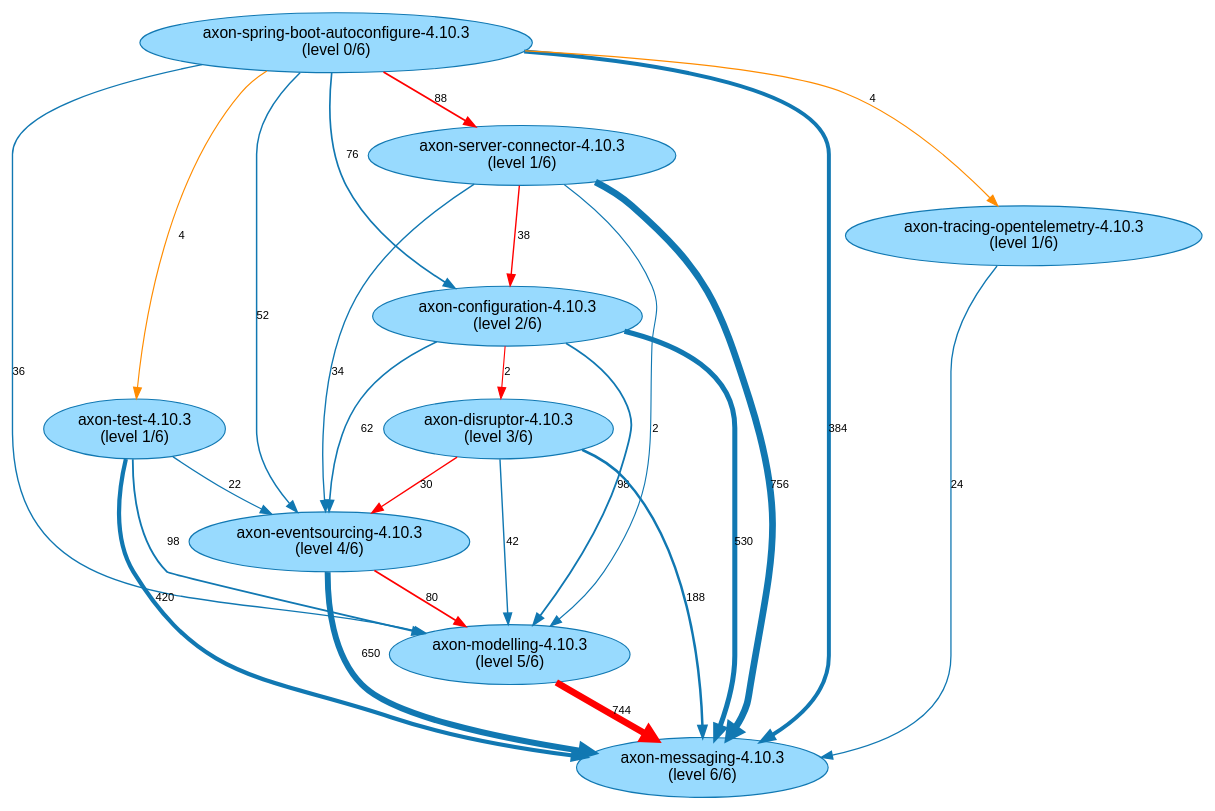
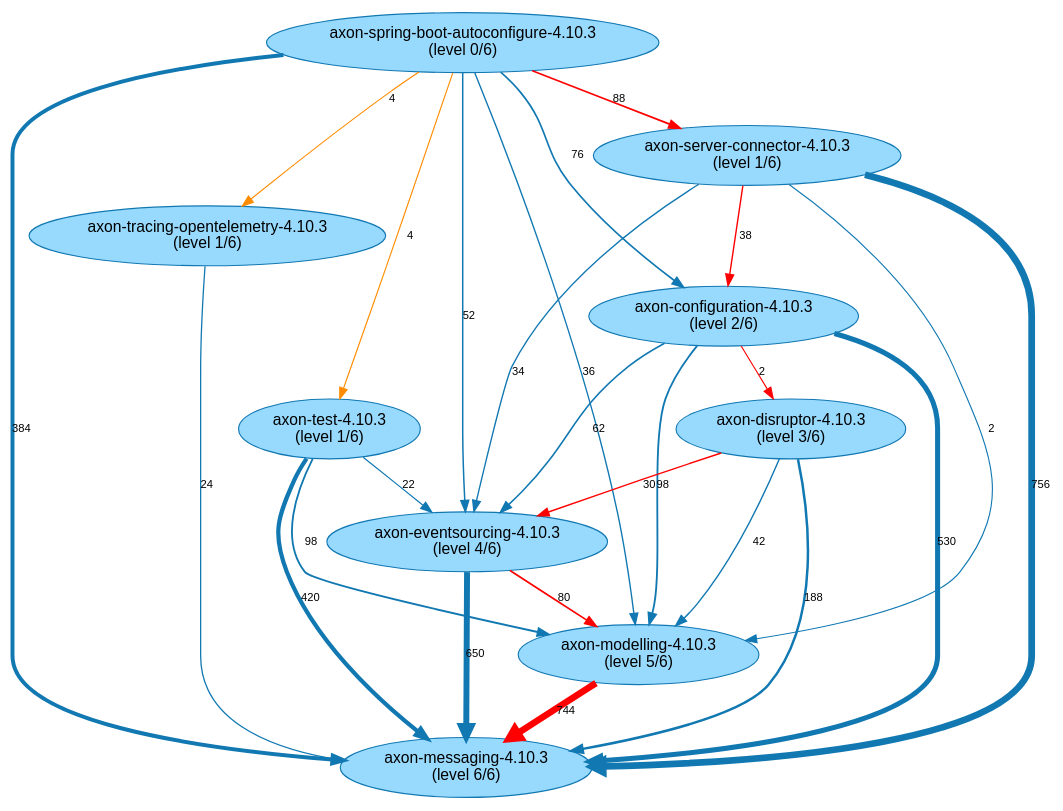
Before and after one commit to JohT/code-graph-analysis-pipeline: the diagram in results/AxonFramework-4.10.3/path-finding-visualization/JavaArtifactLongestPaths.gv, drawn with Graphviz. The commit also changed other lines of this file and 111 other files, not shown here.

```diff
--- a/results/AxonFramework-4.10.3/path-finding-visualization/JavaArtifactLongestPaths.gv
+++ b/results/AxonFramework-4.10.3/path-finding-visualization/JavaArtifactLongestPaths.gv
@@ -1,37 +1,37 @@
 // This GraphViz dot file was generated by the script convertQueryResultCsvToGraphVizDotFile.sh with default.template
 
 strict digraph JavaArtifactLongestPaths {
     fontname = "Helvetica,Arial,sans-serif";
     node [fontname = "Helvetica,Arial,sans-serif";];
     edge [fontname = "Helvetica,Arial,sans-serif"; fontsize = 10;];
     node [style = filled; fillcolor = "0.560 0.400 0.999";];
     node [color = "0.560 0.900 0.700";];
     edge [color = "0.560 0.900 0.700";];
 	"axon-eventsourcing-4.10.3\n(level 4/6)" -> "axon-messaging-4.10.3\n(level 6/6)" [label=650; penwidth=5.3; ];
 	"axon-eventsourcing-4.10.3\n(level 4/6)" -> "axon-modelling-4.10.3\n(level 5/6)" [label=80; penwidth=1.52; color="red"; ];
 	"axon-spring-boot-autoconfigure-4.10.3\n(level 0/6)" -> "axon-messaging-4.10.3\n(level 6/6)" [label=384; penwidth=3.53; ];
+	"axon-spring-boot-autoconfigure-4.10.3\n(level 0/6)" -> "axon-configuration-4.10.3\n(level 2/6)" [label=76; penwidth=1.49; ];
+	"axon-spring-boot-autoconfigure-4.10.3\n(level 0/6)" -> "axon-eventsourcing-4.10.3\n(level 4/6)" [label=52; penwidth=1.33; ];
 	"axon-spring-boot-autoconfigure-4.10.3\n(level 0/6)" -> "axon-test-4.10.3\n(level 1/6)" [label=4; penwidth=1.01; ];
-	"axon-spring-boot-autoconfigure-4.10.3\n(level 0/6)" -> "axon-configuration-4.10.3\n(level 2/6)" [label=76; penwidth=1.49; ];
+	"axon-spring-boot-autoconfigure-4.10.3\n(level 0/6)" -> "axon-tracing-opentelemetry-4.10.3\n(level 1/6)" [label=4; penwidth=1.01; ];
 	"axon-spring-boot-autoconfigure-4.10.3\n(level 0/6)" -> "axon-modelling-4.10.3\n(level 5/6)" [label=36; penwidth=1.23; ];
-	"axon-spring-boot-autoconfigure-4.10.3\n(level 0/6)" -> "axon-eventsourcing-4.10.3\n(level 4/6)" [label=52; penwidth=1.33; ];
 	"axon-spring-boot-autoconfigure-4.10.3\n(level 0/6)" -> "axon-server-connector-4.10.3\n(level 1/6)" [label=88; penwidth=1.57; color="red"; ];
-	"axon-spring-boot-autoconfigure-4.10.3\n(level 0/6)" -> "axon-tracing-opentelemetry-4.10.3\n(level 1/6)" [label=4; penwidth=1.01; ];
 	"axon-server-connector-4.10.3\n(level 1/6)" -> "axon-messaging-4.10.3\n(level 6/6)" [label=756; penwidth=6.0; ];
 	"axon-server-connector-4.10.3\n(level 1/6)" -> "axon-configuration-4.10.3\n(level 2/6)" [label=38; penwidth=1.24; color="red"; ];
 	"axon-server-connector-4.10.3\n(level 1/6)" -> "axon-eventsourcing-4.10.3\n(level 4/6)" [label=34; penwidth=1.21; ];
 	"axon-server-connector-4.10.3\n(level 1/6)" -> "axon-modelling-4.10.3\n(level 5/6)" [label=2; penwidth=1.0; ];
 	"axon-tracing-opentelemetry-4.10.3\n(level 1/6)" -> "axon-messaging-4.10.3\n(level 6/6)" [label=24; penwidth=1.15; ];
 	"axon-configuration-4.10.3\n(level 2/6)" -> "axon-messaging-4.10.3\n(level 6/6)" [label=530; penwidth=4.5; ];
+	"axon-configuration-4.10.3\n(level 2/6)" -> "axon-modelling-4.10.3\n(level 5/6)" [label=98; penwidth=1.64; ];
 	"axon-configuration-4.10.3\n(level 2/6)" -> "axon-eventsourcing-4.10.3\n(level 4/6)" [label=62; penwidth=1.4; ];
-	"axon-configuration-4.10.3\n(level 2/6)" -> "axon-modelling-4.10.3\n(level 5/6)" [label=98; penwidth=1.64; ];
 	"axon-configuration-4.10.3\n(level 2/6)" -> "axon-disruptor-4.10.3\n(level 3/6)" [label=2; penwidth=1.0; color="red"; ];
 	"axon-modelling-4.10.3\n(level 5/6)" -> "axon-messaging-4.10.3\n(level 6/6)" [label=744; penwidth=5.92; color="red"; ];
 	"axon-disruptor-4.10.3\n(level 3/6)" -> "axon-messaging-4.10.3\n(level 6/6)" [label=188; penwidth=2.23; ];
+	"axon-disruptor-4.10.3\n(level 3/6)" -> "axon-eventsourcing-4.10.3\n(level 4/6)" [label=30; penwidth=1.19; color="red"; ];
 	"axon-disruptor-4.10.3\n(level 3/6)" -> "axon-modelling-4.10.3\n(level 5/6)" [label=42; penwidth=1.27; ];
-	"axon-disruptor-4.10.3\n(level 3/6)" -> "axon-eventsourcing-4.10.3\n(level 4/6)" [label=30; penwidth=1.19; color="red"; ];
 	"axon-test-4.10.3\n(level 1/6)" -> "axon-messaging-4.10.3\n(level 6/6)" [label=420; penwidth=3.77; ];
 	"axon-test-4.10.3\n(level 1/6)" -> "axon-modelling-4.10.3\n(level 5/6)" [label=98; penwidth=1.64; ];
 	"axon-test-4.10.3\n(level 1/6)" -> "axon-eventsourcing-4.10.3\n(level 4/6)" [label=22; penwidth=1.13; ];
 	"axon-spring-boot-autoconfigure-4.10.3\n(level 0/6)" -> "axon-tracing-opentelemetry-4.10.3\n(level 1/6)" [label=4; penwidth=1.01; color="darkorange"; ];
 	"axon-spring-boot-autoconfigure-4.10.3\n(level 0/6)" -> "axon-test-4.10.3\n(level 1/6)" [label=4; penwidth=1.01; color="darkorange"; ];
 }
```
